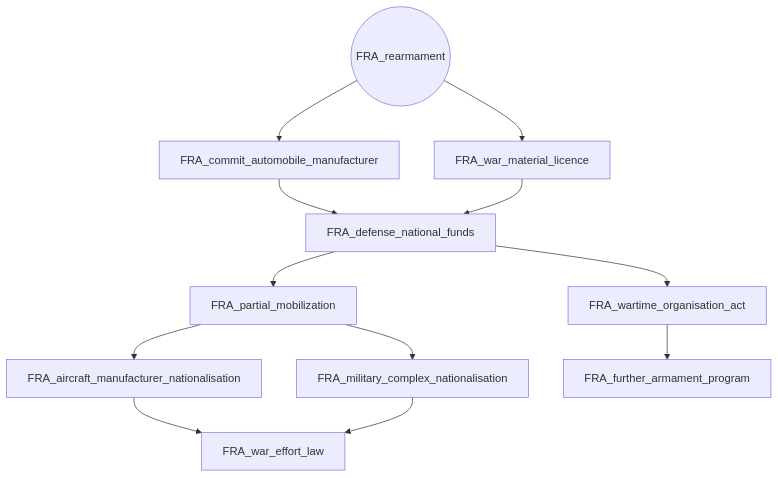
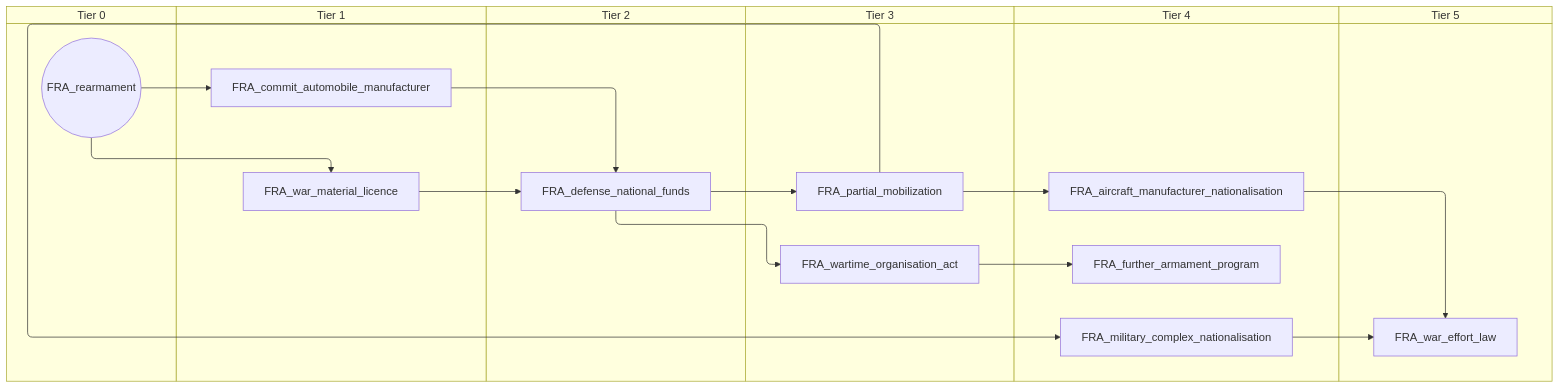
Diagram 11 of 14 in docs/gdd/National Focuses/france.md (evgeny-sobol/hoi4-sandbox-mode-r56), drawn with Mermaid before and after one commit. The commit also changed other lines of this file and 423 other files, not shown here.

First line of the commit message:
Re-export Rt56 focus trees as swimlane diagrams

````diff
--- a/docs/gdd/National Focuses/france.md
+++ b/docs/gdd/National Focuses/france.md
@@ -684,24 +812,36 @@
 ```mermaid
-flowchart TD
-    n197["FRA_aircraft_manufacturer_nationalisation"]
-    n198["FRA_commit_automobile_manufacturer"]
-    n199["FRA_defense_national_funds"]
-    n200["FRA_further_armament_program"]
-    n201["FRA_military_complex_nationalisation"]
-    n202["FRA_partial_mobilization"]
-    n203(("FRA_rearmament"))
-    n204["FRA_war_effort_law"]
-    n205["FRA_war_material_licence"]
-    n206["FRA_wartime_organisation_act"]
-    n202 --> n197
-    n203 --> n198
-    n198 --> n199
-    n205 --> n199
-    n206 --> n200
-    n202 --> n201
-    n199 --> n202
-    n201 --> n204
-    n197 --> n204
-    n203 --> n205
-    n199 --> n206
+swimlane-beta TD
+    subgraph tier_0["Tier 0"]
+        n197(("FRA_rearmament"))
+    end
+    subgraph tier_1["Tier 1"]
+        n198["FRA_commit_automobile_manufacturer"]
+        n199["FRA_war_material_licence"]
+    end
+    subgraph tier_2["Tier 2"]
+        n200["FRA_defense_national_funds"]
+    end
+    subgraph tier_3["Tier 3"]
+        n201["FRA_partial_mobilization"]
+        n202["FRA_wartime_organisation_act"]
+    end
+    subgraph tier_4["Tier 4"]
+        n203["FRA_aircraft_manufacturer_nationalisation"]
+        n204["FRA_further_armament_program"]
+        n205["FRA_military_complex_nationalisation"]
+    end
+    subgraph tier_5["Tier 5"]
+        n206["FRA_war_effort_law"]
+    end
+    n201 --> n203
+    n197 --> n198
+    n198 --> n200
+    n199 --> n200
+    n202 --> n204
+    n201 --> n205
+    n200 --> n201
+    n205 --> n206
+    n203 --> n206
+    n197 --> n199
+    n200 --> n202
 ```
````
